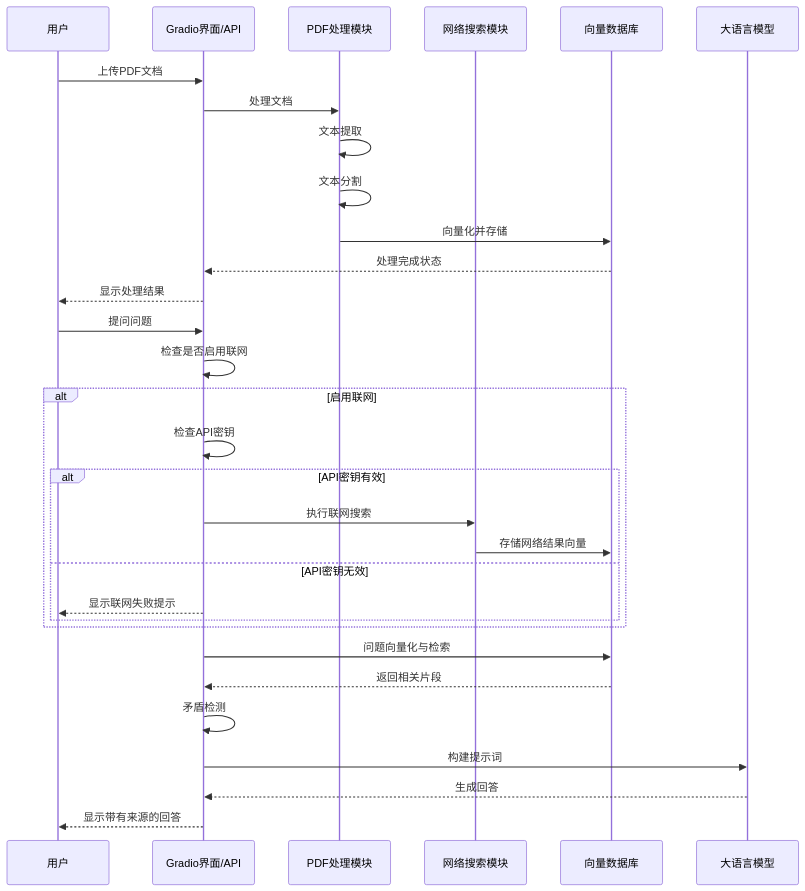
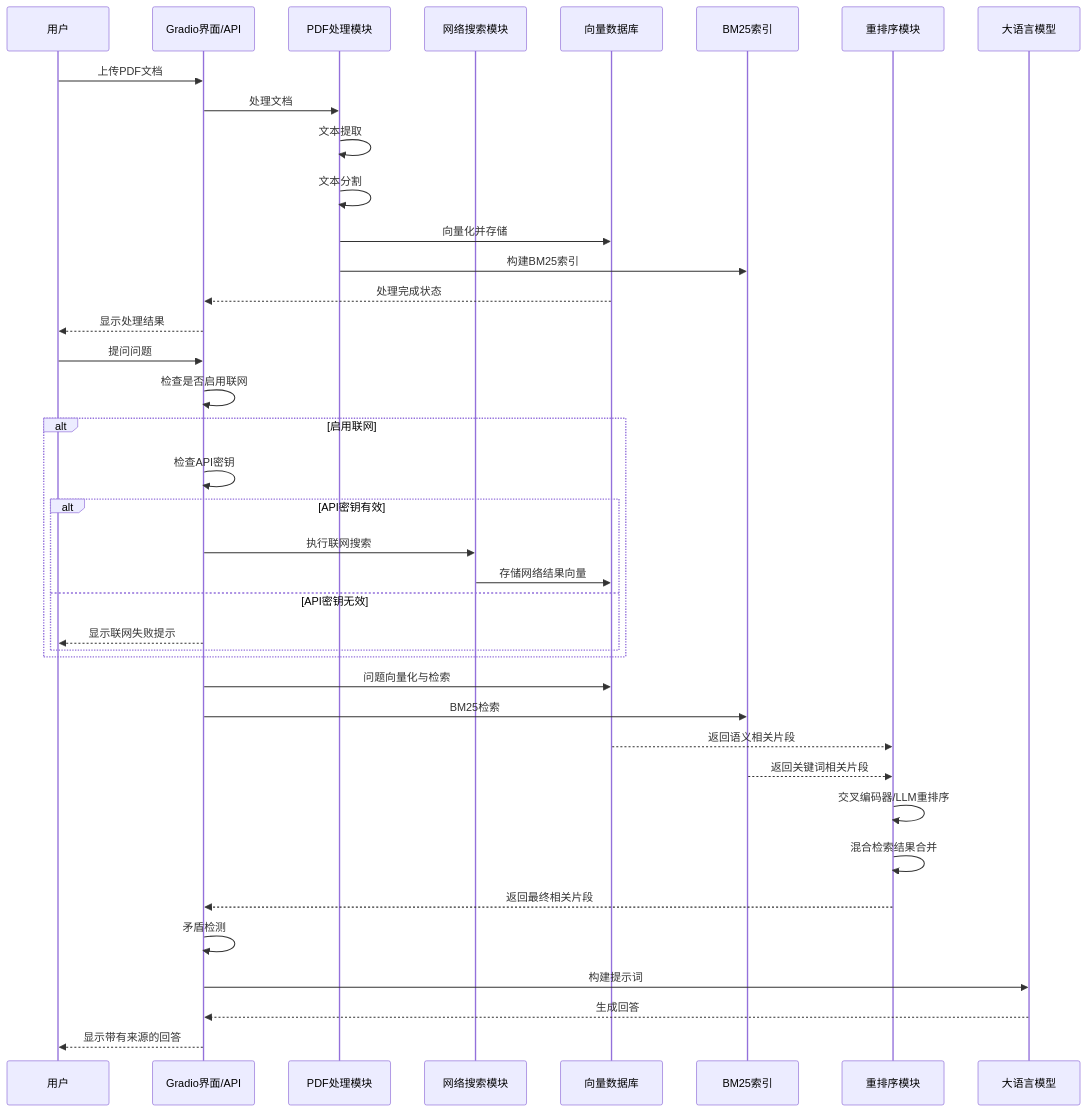
One commit to wzlstudy/Local_Pdf_Chat_RAG changed the second of 3 diagrams in readme.md. Above: the diagram before and after it, drawn with Mermaid. The commit also changed other lines of this file and 12 other files, not shown here.

````diff
--- a/readme.md
+++ b/readme.md
@@ -151,37 +190,45 @@
 ```mermaid
 sequenceDiagram
     participant User as 用户
     participant UI as Gradio界面/API
     participant PDF as PDF处理模块
     participant Web as 网络搜索模块
     participant VDB as 向量数据库
+    participant BM25 as BM25索引
+    participant Rank as 重排序模块
     participant LLM as 大语言模型
 
     User->>UI: 上传PDF文档
     UI->>PDF: 处理文档
     PDF->>PDF: 文本提取
     PDF->>PDF: 文本分割
     PDF->>VDB: 向量化并存储
+    PDF->>BM25: 构建BM25索引
     VDB-->>UI: 处理完成状态
     UI-->>User: 显示处理结果
 
     User->>UI: 提问问题
     UI->>UI: 检查是否启用联网
     
     alt 启用联网
         UI->>UI: 检查API密钥
         alt API密钥有效
             UI->>Web: 执行联网搜索
             Web->>VDB: 存储网络结果向量
         else API密钥无效
             UI-->>User: 显示联网失败提示
         end
     end
     
     UI->>VDB: 问题向量化与检索
-    VDB-->>UI: 返回相关片段
+    UI->>BM25: BM25检索
+    VDB-->>Rank: 返回语义相关片段
+    BM25-->>Rank: 返回关键词相关片段
+    Rank->>Rank: 交叉编码器/LLM重排序
+    Rank->>Rank: 混合检索结果合并
+    Rank-->>UI: 返回最终相关片段
     UI->>UI: 矛盾检测
     UI->>LLM: 构建提示词
     LLM-->>UI: 生成回答
     UI-->>User: 显示带有来源的回答
 ```
````
